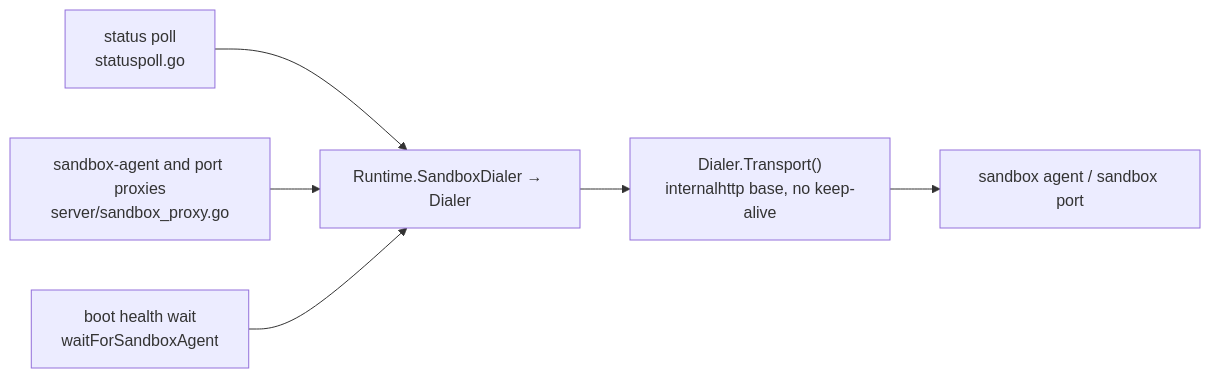
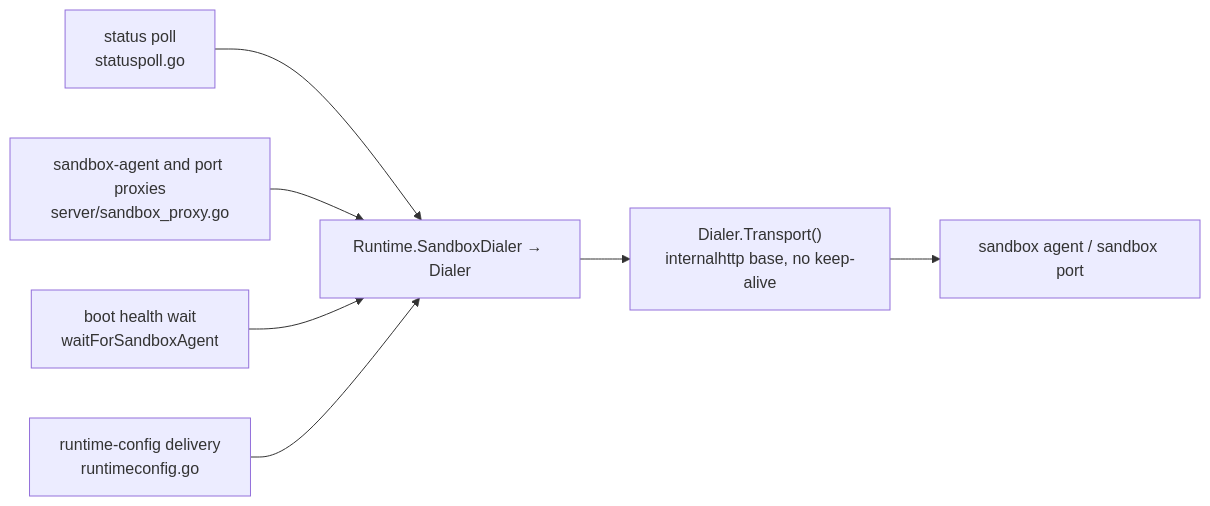
One commit to discobox-ai/discobox changed the first of 7 diagrams in pool-agent/DESIGN.md. Above: the diagram before and after it, drawn with Mermaid. The commit also changed other lines of this file and 59 other files, not shown here.

First line of the commit message:
feat: the pool drives the runtime-config intake and stages nothing into sandboxes

````diff
--- a/pool-agent/DESIGN.md
+++ b/pool-agent/DESIGN.md
@@ -241,8 +241,9 @@
 ```mermaid
 flowchart LR
     poll["status poll<br/>statuspoll.go"] --> dialer
     proxy["sandbox-agent and port proxies<br/>server/sandbox_proxy.go"] --> dialer
     health["boot health wait<br/>waitForSandboxAgent"] --> dialer
+    deliver["runtime-config delivery<br/>runtimeconfig.go"] --> dialer
     dialer["Runtime.SandboxDialer → Dialer"] --> transport["Dialer.Transport()<br/>internalhttp base, no keep-alive"]
     transport --> agent["sandbox agent / sandbox port"]
 ```
````
